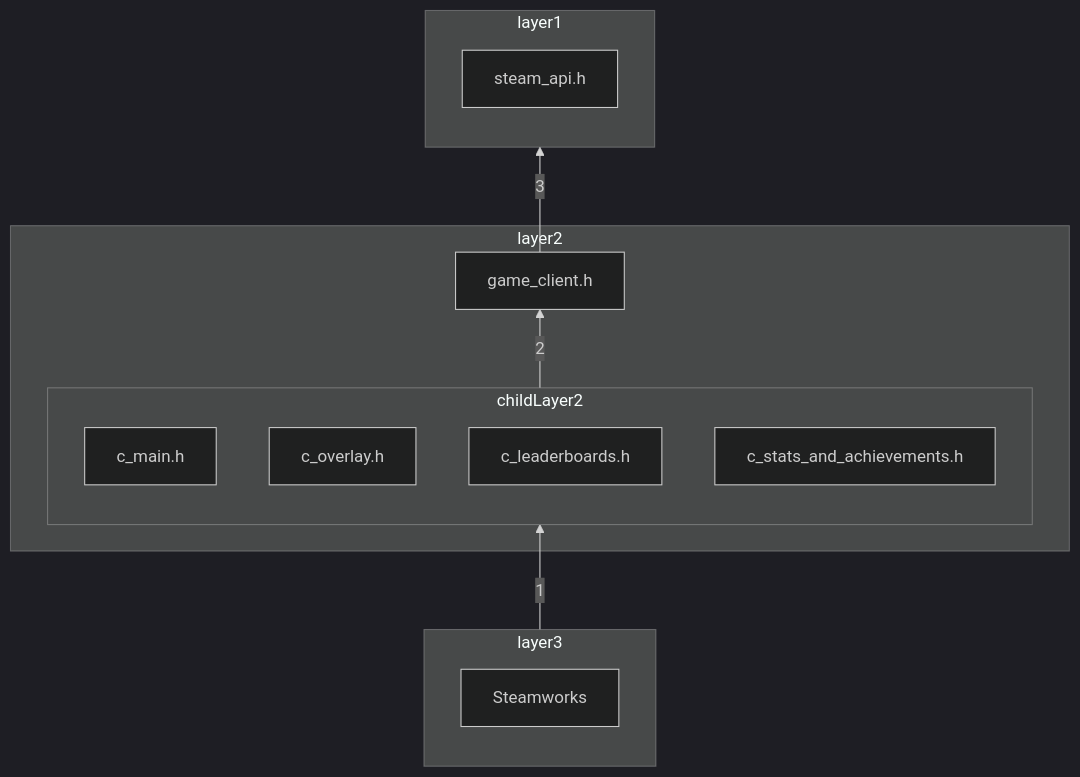
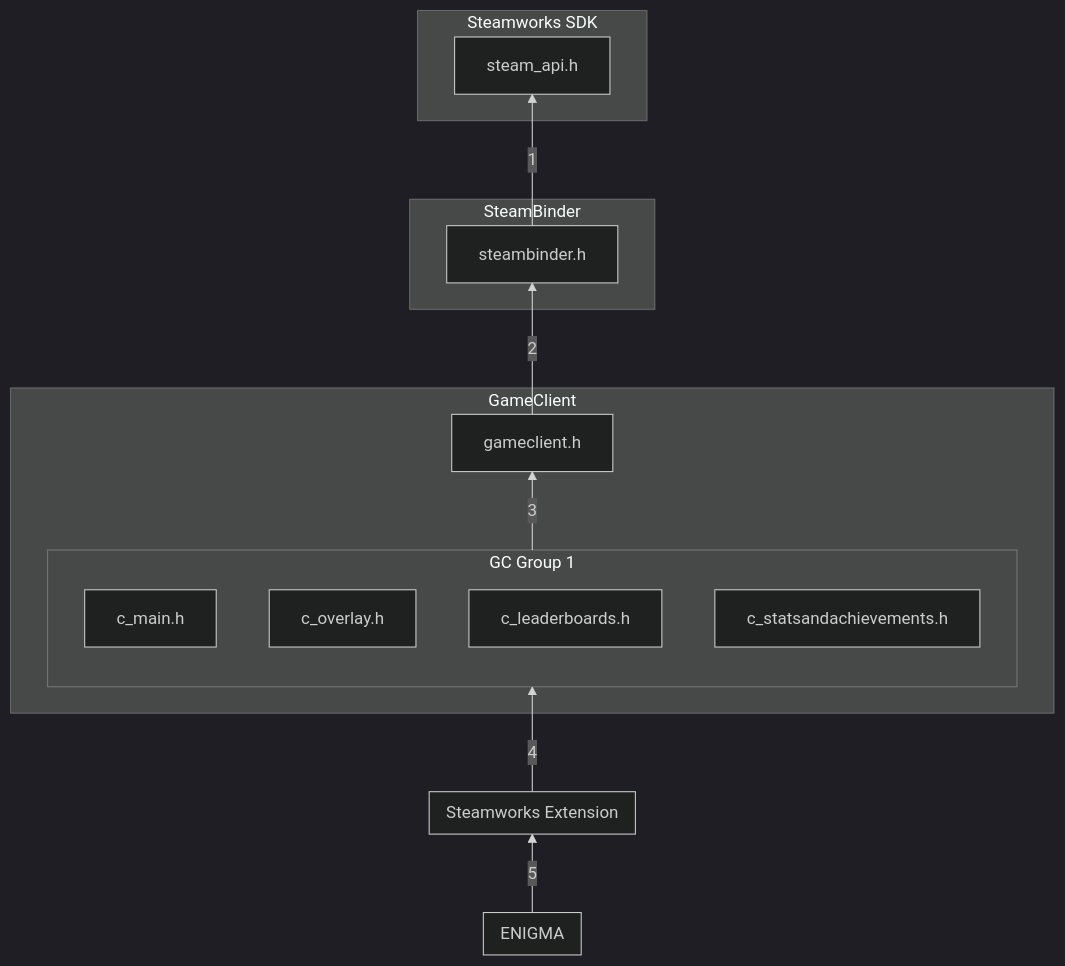
The second of 2 diagrams in ENIGMAsystem/SHELL/Universal_System/Extensions/Steamworks/README.md (enigma-dev/enigma-dev), drawn with Mermaid (dark theme) before and after one commit. The commit also changed other lines of this file and 4 other files, not shown here.

````diff
--- a/ENIGMAsystem/SHELL/Universal_System/Extensions/Steamworks/README.md
+++ b/ENIGMAsystem/SHELL/Universal_System/Extensions/Steamworks/README.md
@@ -136,23 +167,34 @@
 ```mermaid
 flowchart BT
-   subgraph layer1
-      F[steam_api.h]
-   end
-   A[game_client.h] --> |3| layer1
-
-   subgraph layer2
-      subgraph childLayer2
-         B[c_main.h]
-         C[c_overlay.h]
-         D[c_leaderboards.h]
-         E[c_stats_and_achievements.h]
-      end
-      childLayer2 --> |2| A
+   subgraph A[Steamworks SDK]
+      G[steam_api.h]
    end
 
-   subgraph layer3
-      G[Steamworks]
+   subgraph B[SteamBinder]
+      H[steambinder.h]
    end
 
-   layer3 --> |1| childLayer2
+   H --> |1| G
+
+   subgraph C[GameClient]
+      I[gameclient.h] --> |2| H
+      subgraph F[GC Group 1]
+         J[c_main.h]
+         K[c_overlay.h]
+         L[c_leaderboards.h]
+         M[c_statsandachievements.h]
+      end
+      F --> |3| I
+   end
+
+   subgraph D[Steamworks Extension]
+   end
+
+   D --> |4| F
+
+   subgraph E[ENIGMA]
+   end
+
+   E --> |5| D
+
 ```
````
